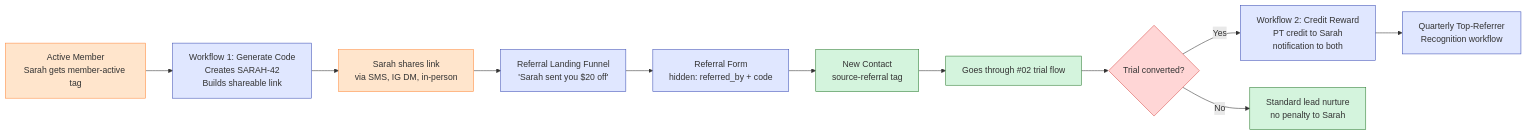
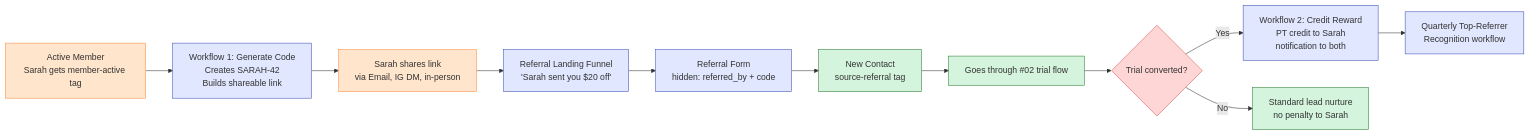
One commit to safeer-maker/GoHighLevel changed the diagram in client-demo/sunrise-wellness-studio/problems/08-referral-engine/README.md. Above: the diagram before and after it, drawn with Mermaid. The commit also changed other lines of this file and 50 other files, not shown here.

````diff
--- a/client-demo/sunrise-wellness-studio/problems/08-referral-engine/README.md
+++ b/client-demo/sunrise-wellness-studio/problems/08-referral-engine/README.md
@@ -40,23 +40,23 @@
 ```mermaid
 graph LR
     M[Active Member<br/>Sarah gets member-active tag] --> W1[Workflow 1: Generate Code<br/>Creates SARAH-42<br/>Builds shareable link]
-    W1 --> Share[Sarah shares link<br/>via SMS, IG DM, in-person]
+    W1 --> Share[Sarah shares link<br/>via Email, IG DM, in-person]
     Share --> Land[Referral Landing Funnel<br/>'Sarah sent you $20 off']
     Land --> Form[Referral Form<br/>hidden: referred_by + code]
     Form --> Lead[New Contact<br/>source-referral tag]
     Lead --> Trial[Goes through #02 trial flow]
     Trial --> Convert{Trial converted?}
     Convert -->|Yes| W2[Workflow 2: Credit Reward<br/>PT credit to Sarah<br/>notification to both]
     Convert -->|No| Cold[Standard lead nurture<br/>no penalty to Sarah]
     W2 --> Recog[Quarterly Top-Referrer<br/>Recognition workflow]
 
     classDef member fill:#FFE5CC,stroke:#FF8C42
     classDef system fill:#E0E7FF,stroke:#3F51B5
     classDef action fill:#D4F4DD,stroke:#2E7D32
     classDef cond fill:#FFD6D6,stroke:#D9534F
 
     class M,Share member
     class W1,W2,Land,Form,Recog system
     class Lead,Trial,Cold action
     class Convert cond
 ```
````
